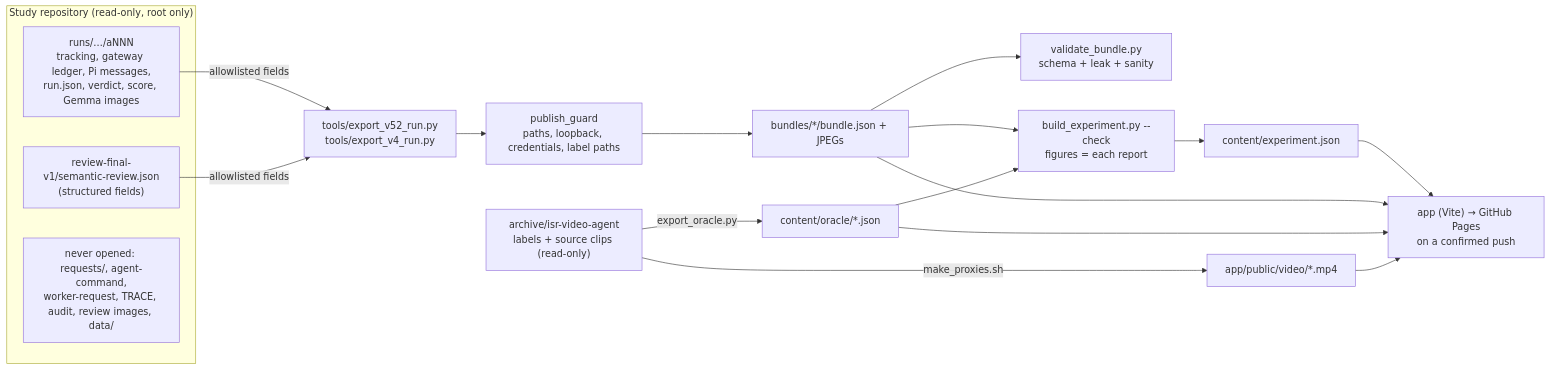
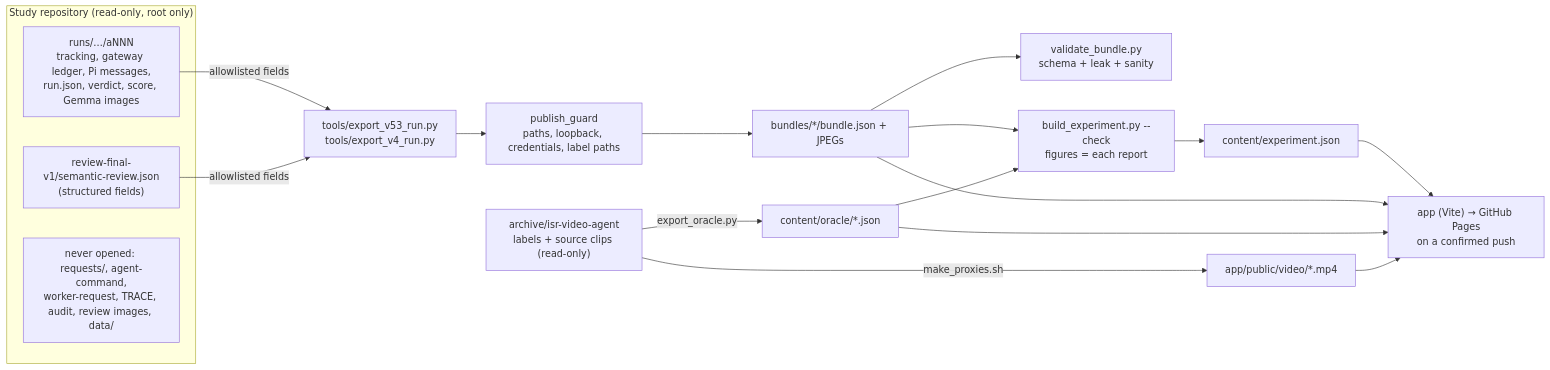
The diagram in README.md (chungenyu6/isr-video-agent), drawn with Mermaid before and after one commit. The commit also changed other lines of this file and 27 other files, not shown here.

````diff
--- a/README.md
+++ b/README.md
@@ -71,23 +73,23 @@
 ```mermaid
 flowchart LR
   subgraph STUDY["Study repository (read-only, root only)"]
     R["runs/…/aNNN<br/>tracking, gateway ledger, Pi messages,<br/>run.json, verdict, score, Gemma images"]
     V["review-final-v1/semantic-review.json<br/>(structured fields)"]
     X["never opened: requests/, agent-command,<br/>worker-request, TRACE, audit, review images, data/"]
   end
   A["archive/isr-video-agent<br/>labels + source clips (read-only)"]
-  R -->|allowlisted fields| E["tools/export_v52_run.py<br/>tools/export_v4_run.py"]
+  R -->|allowlisted fields| E["tools/export_v53_run.py<br/>tools/export_v4_run.py"]
   V -->|allowlisted fields| E
   E --> G["publish_guard<br/>paths, loopback, credentials, label paths"]
   G --> B["bundles/*/bundle.json + JPEGs"]
   A -->|export_oracle.py| O["content/oracle/*.json"]
   A -->|make_proxies.sh| P["app/public/video/*.mp4"]
   B --> C["validate_bundle.py<br/>schema + leak + sanity"]
   B --> F["build_experiment.py --check<br/>figures = each report"]
   O --> F
   F --> J["content/experiment.json"]
   J --> W["app (Vite) → GitHub Pages<br/>on a confirmed push"]
   B --> W
   O --> W
   P --> W
 ```
````
